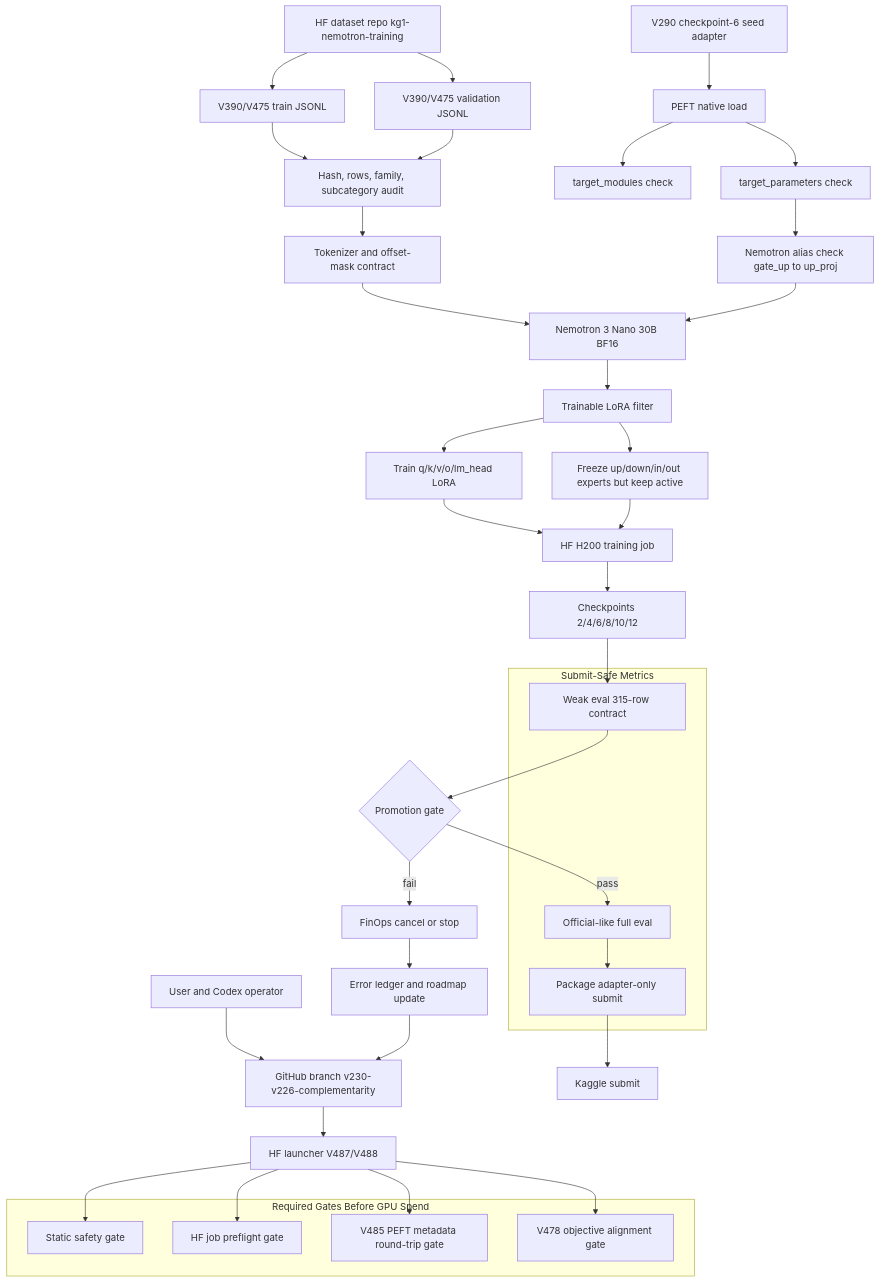
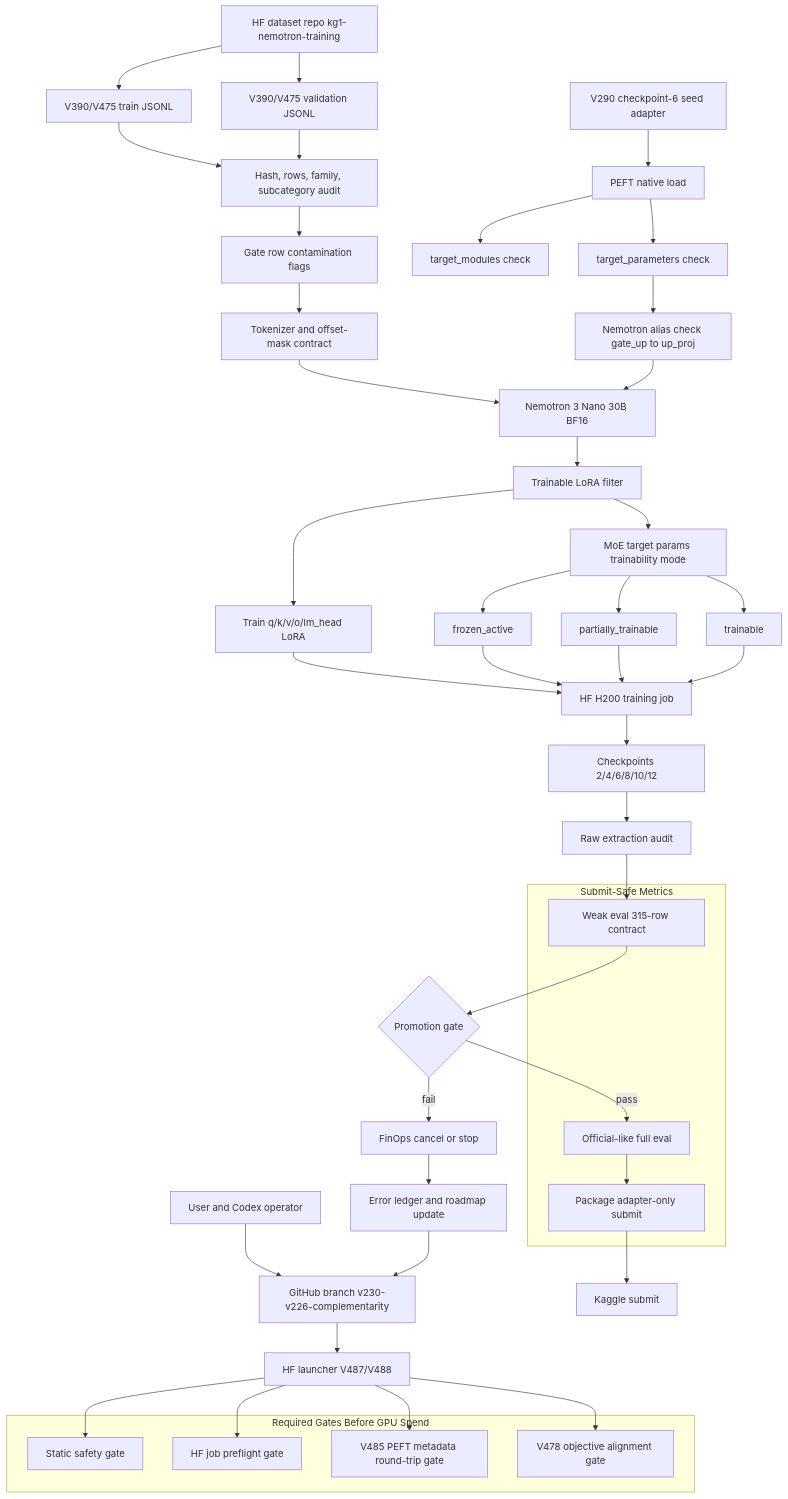
The first of 4 diagrams in artifacts/roadmaps/KG1_SOLUTION_ARCHITECTURE_MERMAID_2026_05_16.md (FELIPEACASTRO/KG1-NVIDIA), drawn with Mermaid before and after one commit. The commit also changed other lines of this file and 14 other files, not shown here.

Commit message:
Fix KG1 metric and trainability audit gaps

````diff
--- a/artifacts/roadmaps/KG1_SOLUTION_ARCHITECTURE_MERMAID_2026_05_16.md
+++ b/artifacts/roadmaps/KG1_SOLUTION_ARCHITECTURE_MERMAID_2026_05_16.md
@@ -20,53 +30,60 @@
 ```mermaid
 graph TB
   U[User and Codex operator] --> R[GitHub branch v230-v226-complementarity]
   R --> L[HF launcher V487/V488]
   L --> P0[Static safety gate]
   L --> P1[HF job preflight gate]
   L --> P2[V485 PEFT metadata round-trip gate]
   L --> P3[V478 objective alignment gate]
 
   D0[HF dataset repo kg1-nemotron-training] --> D1[V390/V475 train JSONL]
   D0 --> D2[V390/V475 validation JSONL]
   D1 --> H[Hash, rows, family, subcategory audit]
   D2 --> H
-  H --> T[Tokenizer and offset-mask contract]
+  H --> HC[Gate row contamination flags]
+  HC --> T[Tokenizer and offset-mask contract]
 
   A0[V290 checkpoint-6 seed adapter] --> A1[PEFT native load]
   A1 --> A2[target_modules check]
   A1 --> A3[target_parameters check]
   A3 --> A4[Nemotron alias check gate_up to up_proj]
 
   T --> M[Nemotron 3 Nano 30B BF16]
   A4 --> M
   M --> F[Trainable LoRA filter]
   F --> F1[Train q/k/v/o/lm_head LoRA]
-  F --> F2[Freeze up/down/in/out experts but keep active]
+  F --> F2[MoE target params trainability mode]
+  F2 --> F2A[frozen_active]
+  F2 --> F2B[partially_trainable]
+  F2 --> F2C[trainable]
 
   F1 --> TR[HF H200 training job]
-  F2 --> TR
+  F2A --> TR
+  F2B --> TR
+  F2C --> TR
   TR --> C[Checkpoints 2/4/6/8/10/12]
-  C --> W[Weak eval 315-row contract]
+  C --> X[Raw extraction audit]
+  X --> W[Weak eval 315-row contract]
   W --> G{Promotion gate}
 
   G -->|pass| FULL[Official-like full eval]
   FULL --> PKG[Package adapter-only submit]
   PKG --> K[Kaggle submit]
 
   G -->|fail| FIN[FinOps cancel or stop]
   FIN --> E[Error ledger and roadmap update]
   E --> R
 
   subgraph Required Gates Before GPU Spend
     P0
     P1
     P2
     P3
   end
 
   subgraph Submit-Safe Metrics
     W
     FULL
     PKG
   end
 ```
````
